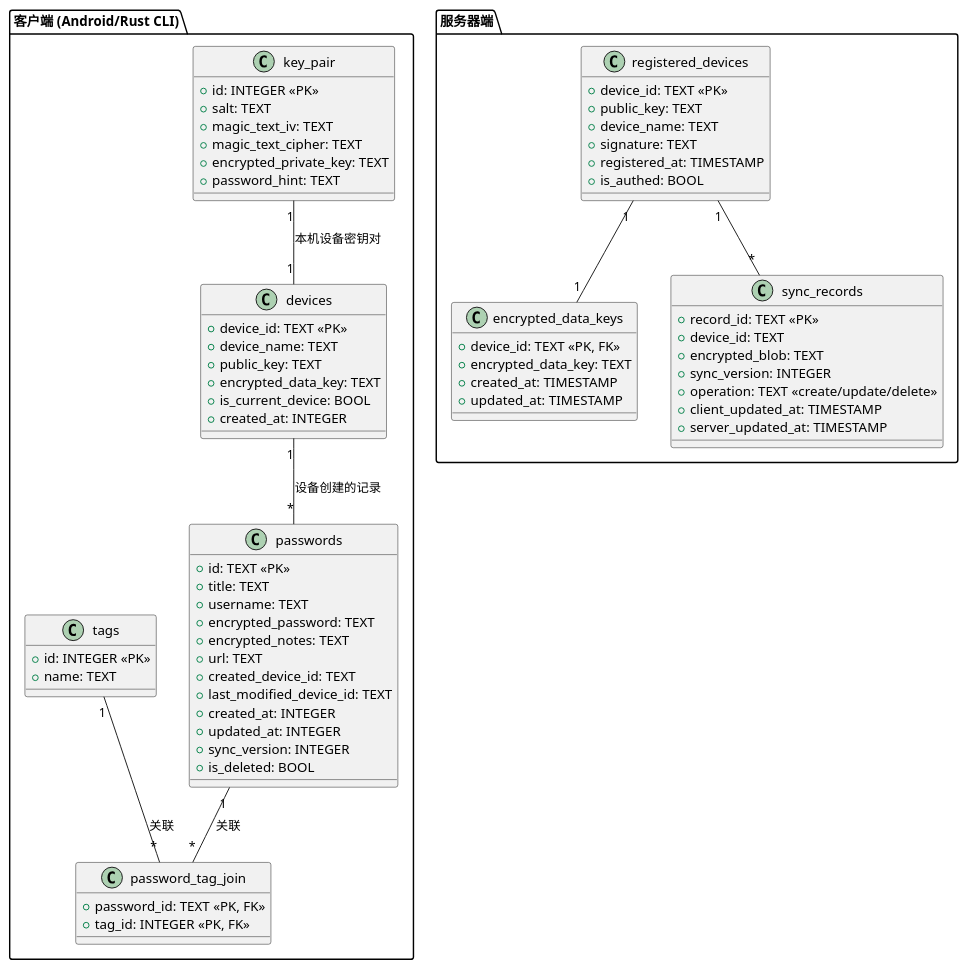
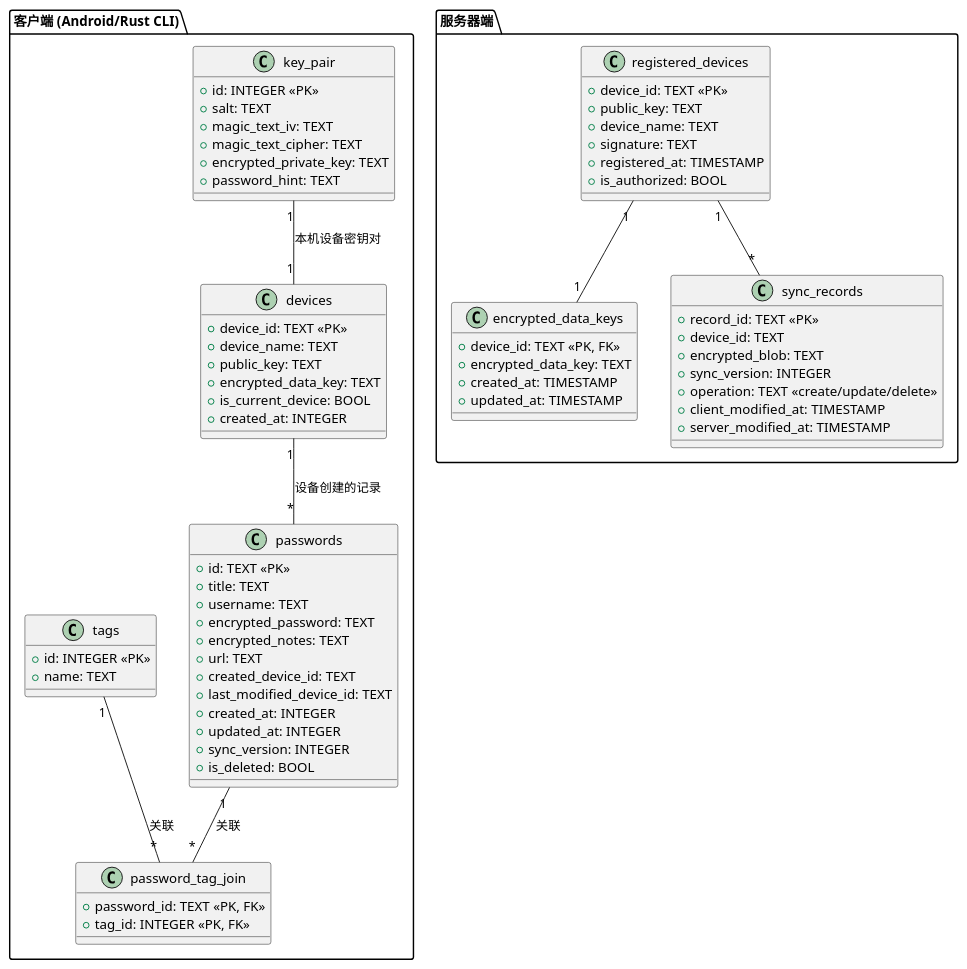
Before and after one commit to zxionf/vlt: the diagram in .design/关系表.iuml, drawn with PlantUML. The commit also changed 5 other files, not shown here.

```diff
--- a/.design/关系表.iuml
+++ b/.design/关系表.iuml
@@ -1,85 +1,85 @@
 @startuml
 ' 客户端数据库表
 package "客户端 (Android/Rust CLI)" {
     class key_pair {
         + id: INTEGER <<PK>>
         + salt: TEXT
         + magic_text_iv: TEXT
         + magic_text_cipher: TEXT
         + encrypted_private_key: TEXT
         + password_hint: TEXT
     }
 
     class devices {
         + device_id: TEXT <<PK>>
         + device_name: TEXT
         + public_key: TEXT
         + encrypted_data_key: TEXT
         + is_current_device: BOOL
         + created_at: INTEGER
     }
 
     class passwords {
         + id: TEXT <<PK>>
         + title: TEXT
         + username: TEXT
         + encrypted_password: TEXT
         + encrypted_notes: TEXT
         + url: TEXT
         + created_device_id: TEXT
         + last_modified_device_id: TEXT
         + created_at: INTEGER
         + updated_at: INTEGER
         + sync_version: INTEGER
         + is_deleted: BOOL
     }
 
     class tags {
         + id: INTEGER <<PK>>
         + name: TEXT
     }
 
     class password_tag_join {
         + password_id: TEXT <<PK, FK>>
         + tag_id: INTEGER <<PK, FK>>
     }
     ' 客户端表关系
     key_pair "1" -- "1" devices : 本机设备密钥对
     devices "1" -- "*" passwords : 设备创建的记录
     passwords "1" -- "*" password_tag_join : 关联
     tags "1" -- "*" password_tag_join : 关联
 }
 
 ' 服务器端数据库表（同步服务）
 package "服务器端" {
     class registered_devices {
         + device_id: TEXT <<PK>>
         + public_key: TEXT
         + device_name: TEXT
         + signature: TEXT
         + registered_at: TIMESTAMP
-        + is_authed: BOOL
+        + is_authorized: BOOL
     }
 
     class encrypted_data_keys {
         + device_id: TEXT <<PK, FK>>
         + encrypted_data_key: TEXT
         + created_at: TIMESTAMP
         + updated_at: TIMESTAMP
     }
 
     class sync_records {
         + record_id: TEXT <<PK>>
         + device_id: TEXT
         + encrypted_blob: TEXT
         + sync_version: INTEGER
         + operation: TEXT <<create/update/delete>>
-        + client_updated_at: TIMESTAMP
-        + server_updated_at: TIMESTAMP
+        + client_modified_at: TIMESTAMP
+        + server_modified_at: TIMESTAMP
     }
 
     registered_devices "1" -- "1" encrypted_data_keys
     registered_devices "1" -- "*" sync_records
 }
 
 @enduml
```
